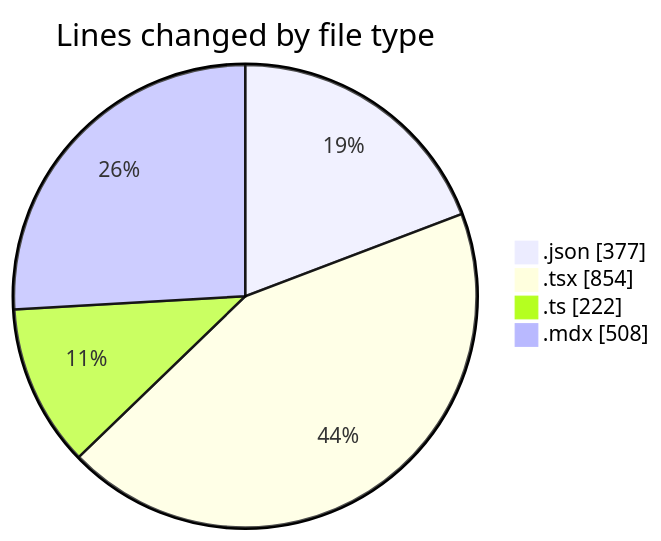
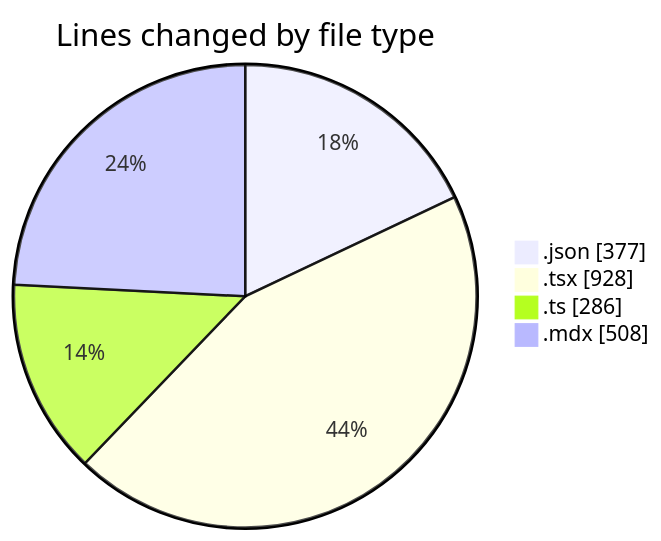
Before and after one commit to Elitesun/code-tracking: the first of 2 diagrams in 2025-05-01/niten/README.md, drawn with Mermaid. The commit also changed other lines of this file and 1 other file, not shown here.

````diff
--- a/2025-05-01/niten/README.md
+++ b/2025-05-01/niten/README.md
@@ -38,8 +41,8 @@
 ```mermaid
 pie showData
 title Lines changed by file type
 ".json" : 377
-".tsx" : 854
-".ts" : 222
+".tsx" : 928
+".ts" : 286
 ".mdx" : 508
 ```
````
